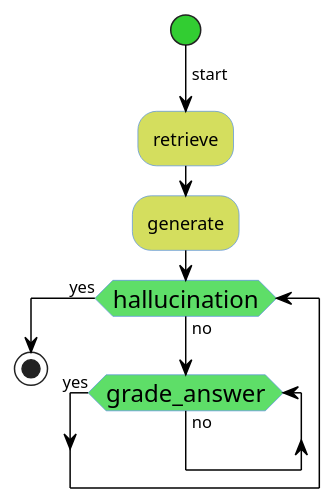
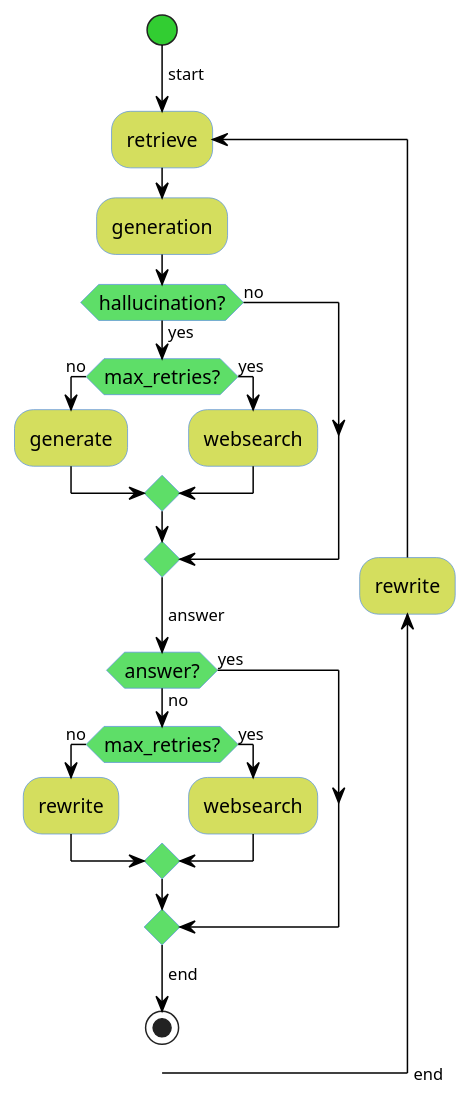
One commit to kyopark2014/langgraph-agent changed the diagram in chart/self_corrective_rag.puml. Above: the diagram before and after it, drawn with PlantUML. The commit also changed 9 other files, not shown here.

```diff
--- a/chart/self_corrective_rag.puml
+++ b/chart/self_corrective_rag.puml
@@ -1,30 +1,53 @@
-@startuml Self-Corrective RAG
+@startuml Corrective RAG
 
+'skinparam monochrome true
+
+'skinparam monochrome true
 skinparam shadowing false
 skinparam activity {
     StartColor limegreen
     EndColor darkblue
     BackgroundColor #d4de5e
     BorderColor #5e94de
     ArrowColor black
+    fontSize 13
 }
 skinparam activityDiamond {
     BackgroundColor #5ede68
     BorderColor #5e94de
-    fontSize 16
+    fontSize 13
 }
 
 start
 -> start;
 
-:retrieve;
+repeat :retrieve;
 
-:generate;
+:generation;
 
-while (hallucination) is (no)    
-  while (grade_answer) is (no)
-  endwhile(yes)
-endwhile (yes)
+if (hallucination?) then (yes)
+  if (max_retries?) then (no)    
+    :generate;
+  else (yes)
+    :websearch;
+  endif
+else (no)
+endif
 
+
+-> answer;
+
+backward :rewrite;
+
+if (answer?) then (no)    
+  if (max_retries?) then (no)    
+    :rewrite;
+  else (yes)
+    :websearch;
+  endif  
+else (yes)
+endif
+
+-> end;
 stop
 @enduml
```
